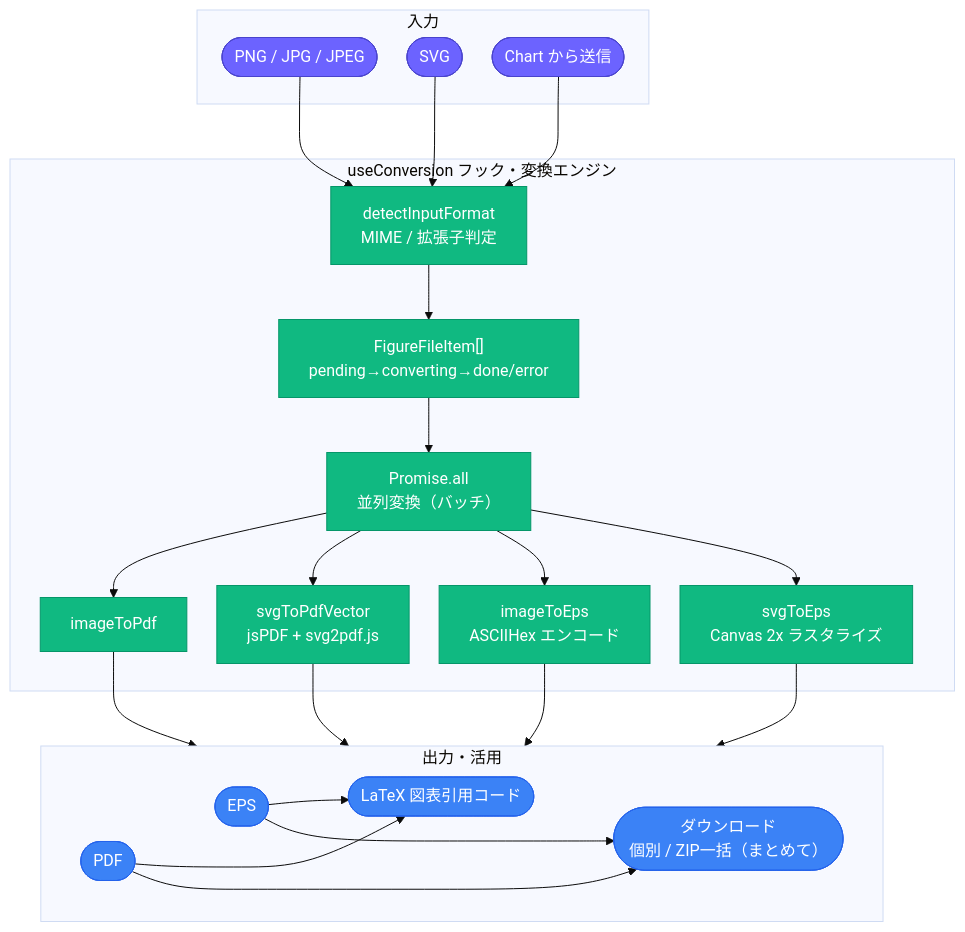
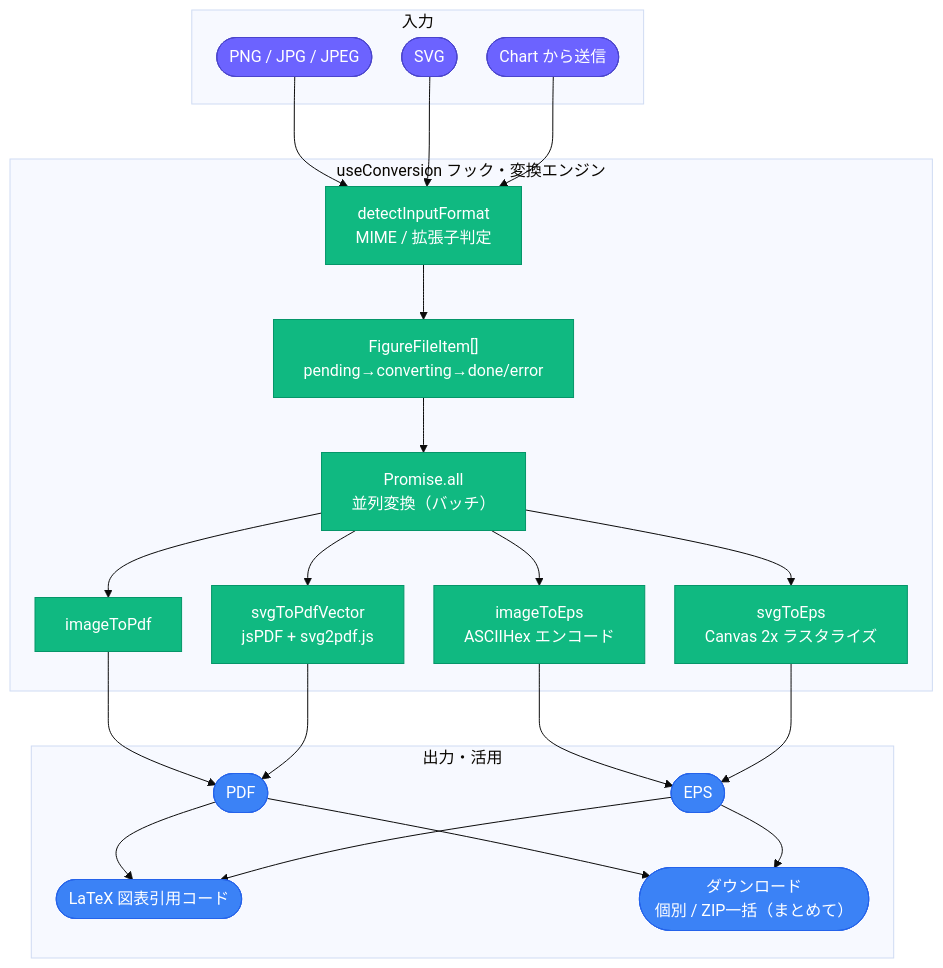
One commit to Axe0320/latex-research-toolkit changed the first of 3 diagrams in docs/architecture/figure-convert.md. Above: the diagram before and after it, drawn with Mermaid (base theme). The commit also changed 1 other file, not shown here.

Commit message:
アーキテクチャ図をさらに調整（枠統合・出力配置・入力ノード整列）
- Citation「システム全体」：「変換・整形」と「出力」の枠を1つ（「変換・整形・出力」）に統合。変換エンジン→BibTeX/TXTとCitation Style Formatter→BibTeX/TXTの2本の矢印はどちらも意味的に必要なため残し、枠の境界をまたがなくすることで密着せずはっきり分かれて描画されるようにした
- Citation「システム全体」：URL/DOI/Text・File/AI解析の4つの入力ノードを1つの透明な枠にまとめ、横一列に整列。Text・File入力とAI解析入力が変換エンジンへ直接つながる構造は変えていない
- 画像変換「システム全体」：「出力・活用」枠のdirection LRと見えない接続線を削除し、縦積みのレイアウトに戻した

````diff
--- a/docs/architecture/figure-convert.md
+++ b/docs/architecture/figure-convert.md
@@ -15,49 +15,47 @@
 ```mermaid
 %%{init: {'flowchart': {'nodeSpacing': 30, 'rankSpacing': 55}}}%%
 flowchart TD
     classDef input fill:#6C63FF,color:#fff,stroke:#4a44cc
     classDef conv  fill:#10B981,color:#fff,stroke:#059669
     classDef out   fill:#3B82F6,color:#fff,stroke:#2563EB
 
     subgraph IN["入力"]
         PNG([PNG / JPG / JPEG]):::input
         SVG([SVG]):::input
         CHARTIN(["Chart から送信"]):::input
     end
 
     subgraph PROCESS["useConversion フック・変換エンジン"]
         DET["detectInputFormat<br/>MIME / 拡張子判定"]:::conv
         STATE["FigureFileItem[]<br/>pending→converting→done/error"]:::conv
         PAR["Promise.all<br/>並列変換（バッチ）"]:::conv
         DET --> STATE --> PAR
         P1["imageToPdf"]:::conv
         P2["svgToPdfVector<br/>jsPDF + svg2pdf.js"]:::conv
         E1["imageToEps<br/>ASCIIHex エンコード"]:::conv
         E2["svgToEps<br/>Canvas 2x ラスタライズ"]:::conv
         PAR --> P1
         PAR --> P2
         PAR --> E1
         PAR --> E2
     end
 
     subgraph OUT["出力・活用"]
-        direction LR
         PDF([PDF]):::out
         EPS([EPS]):::out
         LTX(["LaTeX 図表引用コード"]):::out
         DL(["ダウンロード<br/>個別 / ZIP一括（まとめて）"]):::out
-        PDF ~~~ EPS ~~~ LTX ~~~ DL
     end
 
     PNG --> DET
     SVG --> DET
     CHARTIN --> DET
     P1 --> PDF
     P2 --> PDF
     E1 --> EPS
     E2 --> EPS
     PDF --> LTX
     PDF --> DL
     EPS --> LTX
     EPS --> DL
 ```
````
